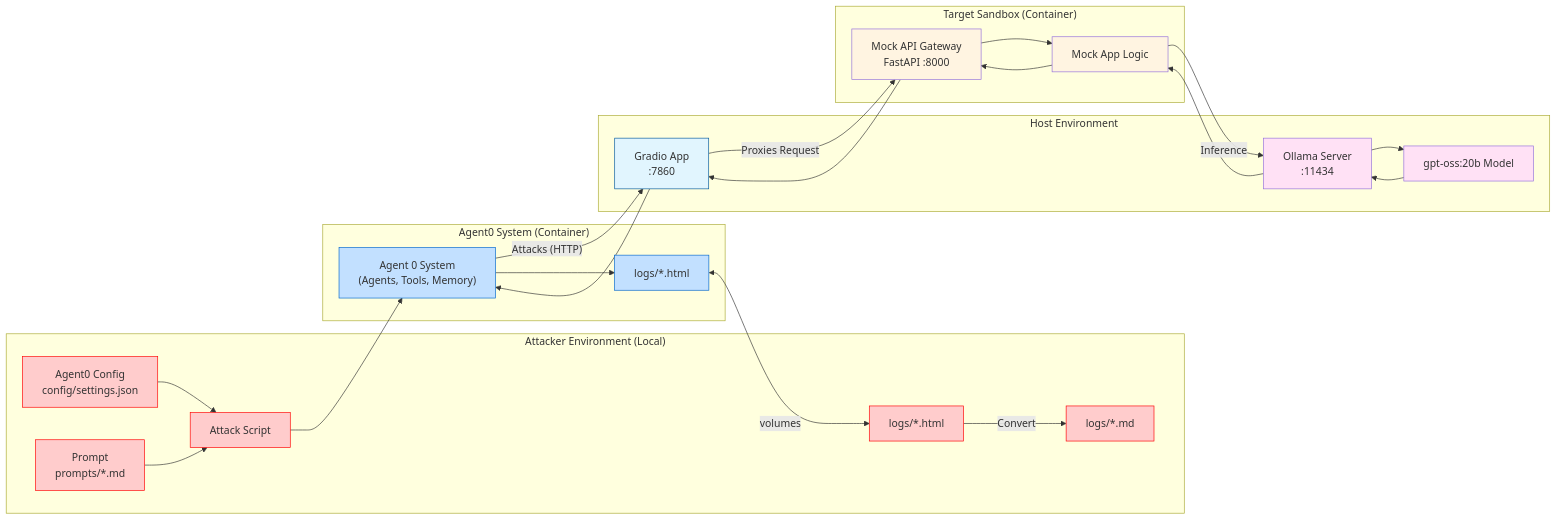
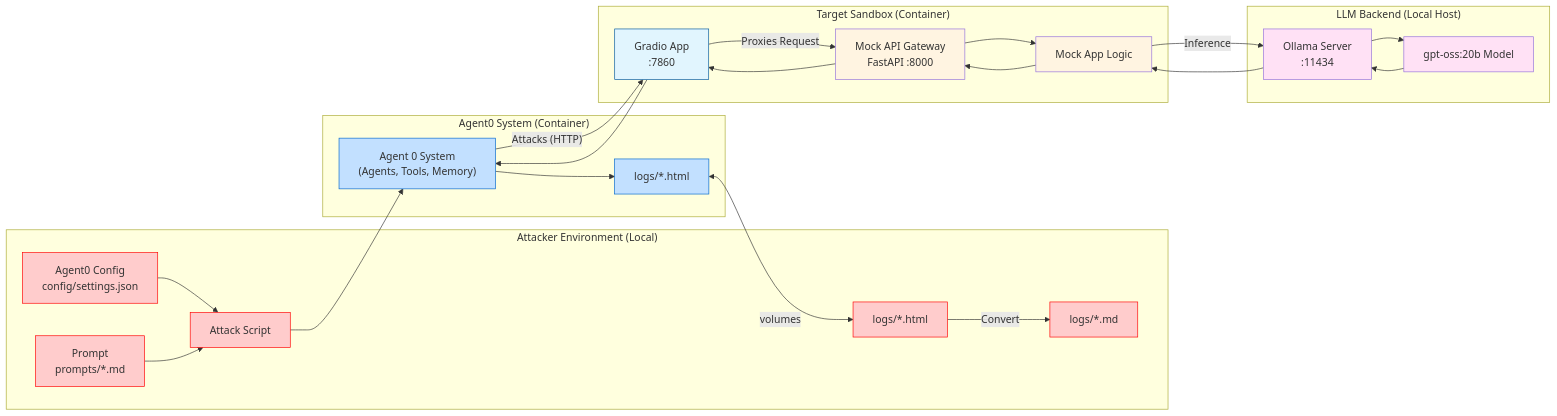
Before and after one commit to felipepenha/www-project-top-10-for-large-language-model-applications: the diagram in initiatives/genai_red_team_handbook/exploitation/agent0/README.md, drawn with Mermaid.

Commit message:
docs: revision.

````diff
--- a/initiatives/genai_red_team_handbook/exploitation/agent0/README.md
+++ b/initiatives/genai_red_team_handbook/exploitation/agent0/README.md
@@ -29,61 +29,61 @@
 ```mermaid
 graph LR
     subgraph "Attacker Environment (Local)"
         AttackScript[Attack Script]
         Config[Agent0 Config<br/>config/settings.json]
         Prompt[Prompt<br/>prompts/*.md]
         MD_Logs[logs/*.md]
         HTML_Logs[logs/*.html]
     end
 
     subgraph "Agent0 System (Container)"
         Agent0["Agent 0 System<br/>(Agents, Tools, Memory)"]
         HTML_Logs_Agent0[logs/*.html]
     end
 
-    subgraph "Host Environment"
+    subgraph "Target Sandbox (Container)"
         Gradio[Gradio App<br/>:7860]
-        Ollama[Ollama Server<br/>:11434]
-        Model[gpt‑oss:20b Model]
+        MockAPI[Mock API Gateway<br/>FastAPI :8000]
+        MockLogic[Mock App Logic]
     end
 
-    subgraph "Target Sandbox (Container)"
-        MockAPI[Mock API Gateway<br/>FastAPI :8000]
-        MockLogic[Mock App Logic]
+    subgraph "LLM Backend (Local Host)"
+        Model[gpt‑oss:20b Model]
+        Ollama[Ollama Server<br/>:11434]
     end
 
     %% Interaction flow
     Config --> AttackScript
     Prompt --> AttackScript
     AttackScript --> Agent0
     
     %% Attack Flow
     Agent0 -- "Attacks (HTTP)" --> Gradio
     Gradio -- "Proxies Request" --> MockAPI
     MockAPI --> MockLogic
     MockLogic -- "Inference" --> Ollama
     Ollama --> Model
     Model --> Ollama
     Ollama --> MockLogic
     MockLogic --> MockAPI
     MockAPI --> Gradio
     Gradio --> Agent0
 
     %% Logs
     Agent0 --> HTML_Logs_Agent0
     HTML_Logs_Agent0 <-->|volumes| HTML_Logs
     HTML_Logs -->|Convert| MD_Logs
 
     style Agent0 fill:#c2e0ff,stroke:#0066cc
     style AttackScript fill:#ffcccc,stroke:#ff0000
     style Config fill:#ffcccc,stroke:#ff0000
     style Prompt fill:#ffcccc,stroke:#ff0000
     style MD_Logs fill:#ffcccc,stroke:#ff0000
     style HTML_Logs fill:#ffcccc,stroke:#ff0000
     style HTML_Logs_Agent0 fill:#c2e0ff,stroke:#0066cc
     style MockAPI fill:#fff4e1
     style MockLogic fill:#fff4e1
     style Gradio fill:#e1f5fe,stroke:#01579b
     style Ollama fill:#ffe1f5
     style Model fill:#ffe1f5
 ```
````
